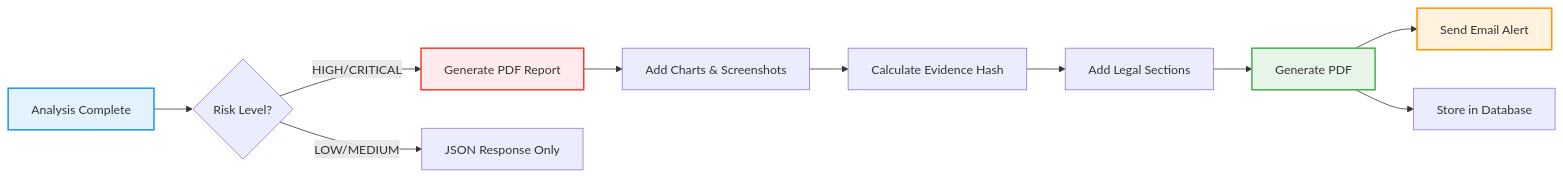
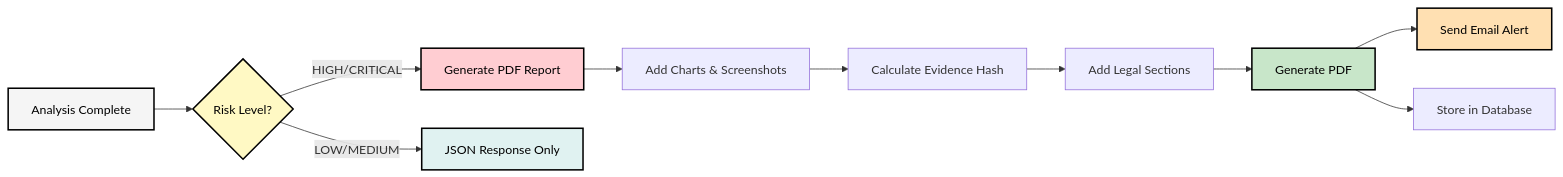
The fifth of 7 diagrams in docs/round2/ROUND2_IMPROVEMENTS.md (AbhishekGiri04/SATYA-DRISHTI), drawn with Mermaid before and after one commit. The commit also changed other lines of this file and 1 other file, not shown here.

````diff
--- a/docs/round2/ROUND2_IMPROVEMENTS.md
+++ b/docs/round2/ROUND2_IMPROVEMENTS.md
@@ -526,19 +536,21 @@
 ```mermaid
 graph LR
     A[Analysis Complete] --> B{Risk Level?}
     B -->|HIGH/CRITICAL| C[Generate PDF Report]
     B -->|LOW/MEDIUM| D[JSON Response Only]
     
     C --> E[Add Charts & Screenshots]
     E --> F[Calculate Evidence Hash]
     F --> G[Add Legal Sections]
     G --> H[Generate PDF]
     
     H --> I[Send Email Alert]
     H --> J[Store in Database]
     
-    style A fill:#E3F2FD,stroke:#2196F3,stroke-width:2px
-    style C fill:#FFEBEE,stroke:#F44336,stroke-width:2px
-    style H fill:#E8F5E9,stroke:#4CAF50,stroke-width:2px
-    style I fill:#FFF3E0,stroke:#FF9800,stroke-width:2px
+    style A fill:#F5F5F5,stroke:#000,stroke-width:2px,color:#000
+    style B fill:#FFF9C4,stroke:#000,stroke-width:2px,color:#000
+    style C fill:#FFCDD2,stroke:#000,stroke-width:2px,color:#000
+    style D fill:#E0F2F1,stroke:#000,stroke-width:2px,color:#000
+    style H fill:#C8E6C9,stroke:#000,stroke-width:2px,color:#000
+    style I fill:#FFE0B2,stroke:#000,stroke-width:2px,color:#000
 ```
````
